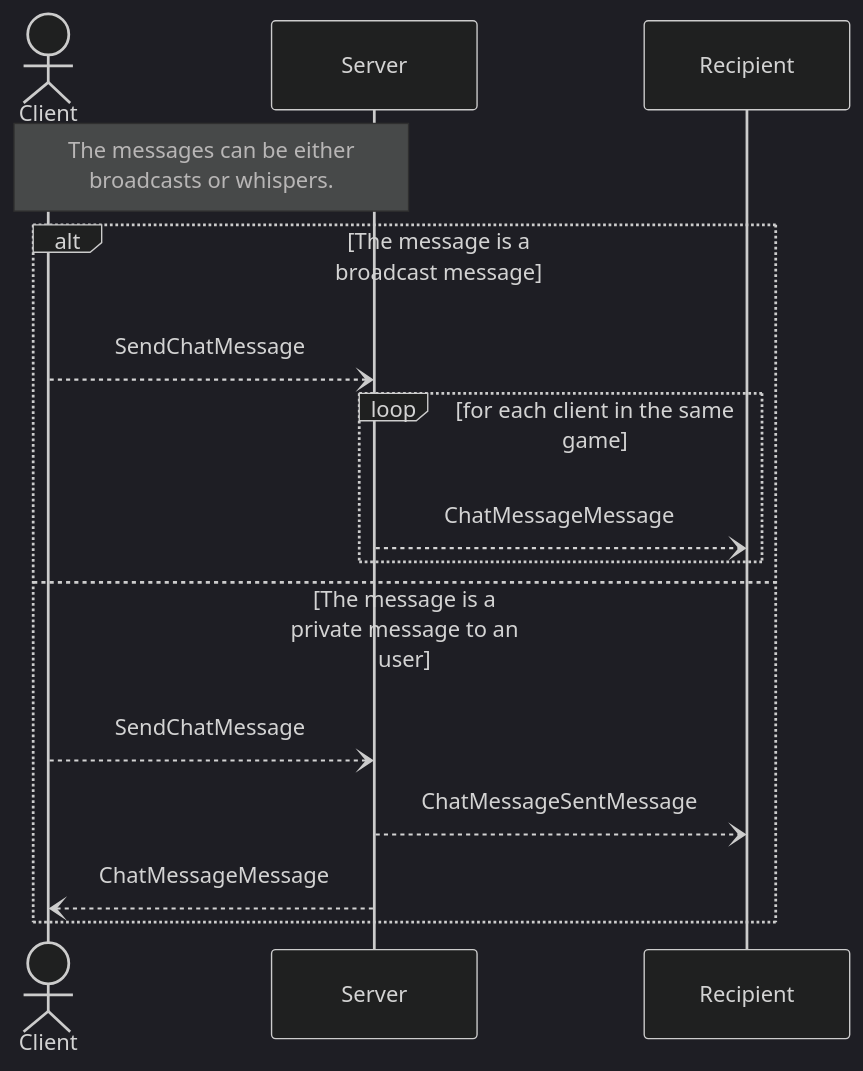
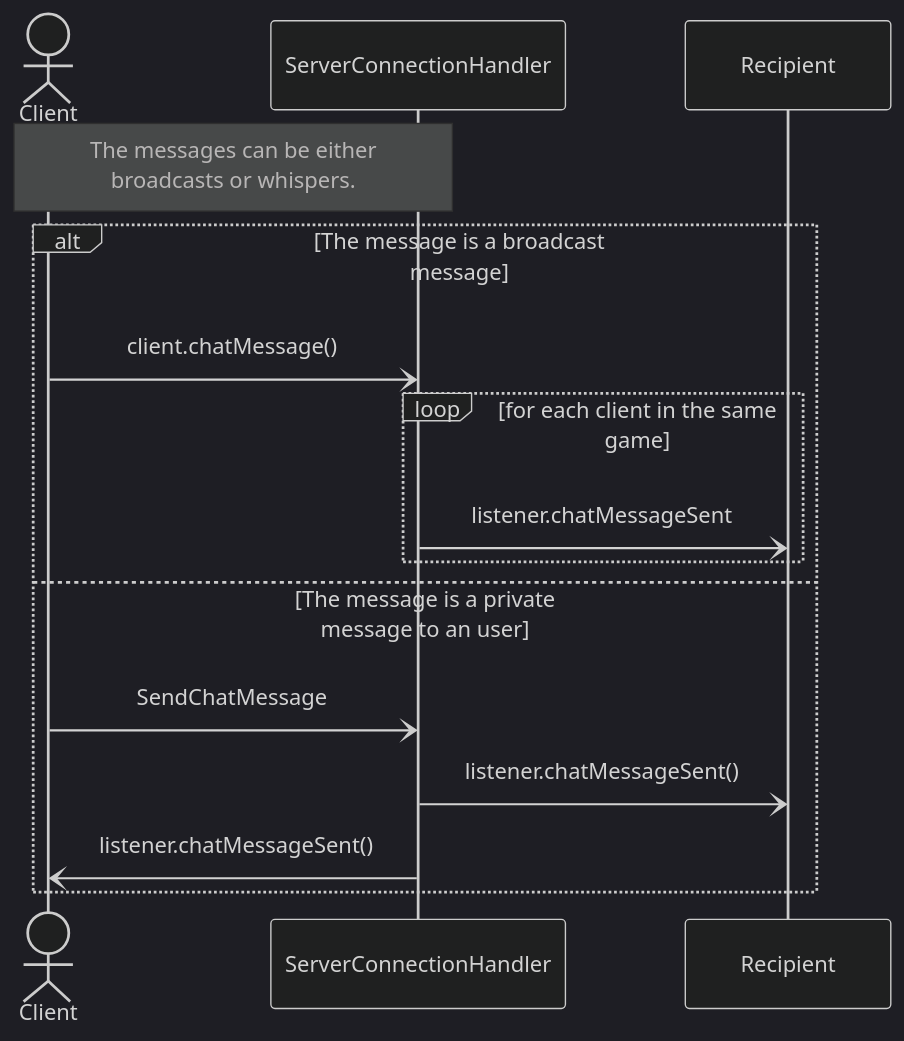
One commit to frephs/IS24-AM21 changed the ninth of 9 diagrams in documentation_wip/network_protocol.md. Above: the diagram before and after it, drawn with Mermaid (dark theme). The commit also changed other lines of this file, not shown here.

````diff
--- a/documentation_wip/network_protocol.md
+++ b/documentation_wip/network_protocol.md
@@ -355,19 +357,20 @@
 ```mermaid
 sequenceDiagram
 actor Client
+participant Server as ServerConnectionHandler
 Note over Client, Server: The messages can be either <br>broadcasts or whispers.
 alt The message is a broadcast message
-    Client --) Server: SendChatMessage
+    Client -) Server: client.chatMessage()
     loop for each client in the same game
-        Server --) Recipient: ChatMessageMessage
+        Server -) Recipient: listener.chatMessageSent
     end
 else The message is a private message to an user
     actor Recipient
-    Client --) Server: SendChatMessage
-    Server --) Recipient: ChatMessageSentMessage
-    Server --) Client: ChatMessageMessage
+    Client -) Server: SendChatMessage
+    Server -) Recipient: listener.chatMessageSent()
+    Server -) Client: listener.chatMessageSent()
 end
 
 
 
 ```
````
